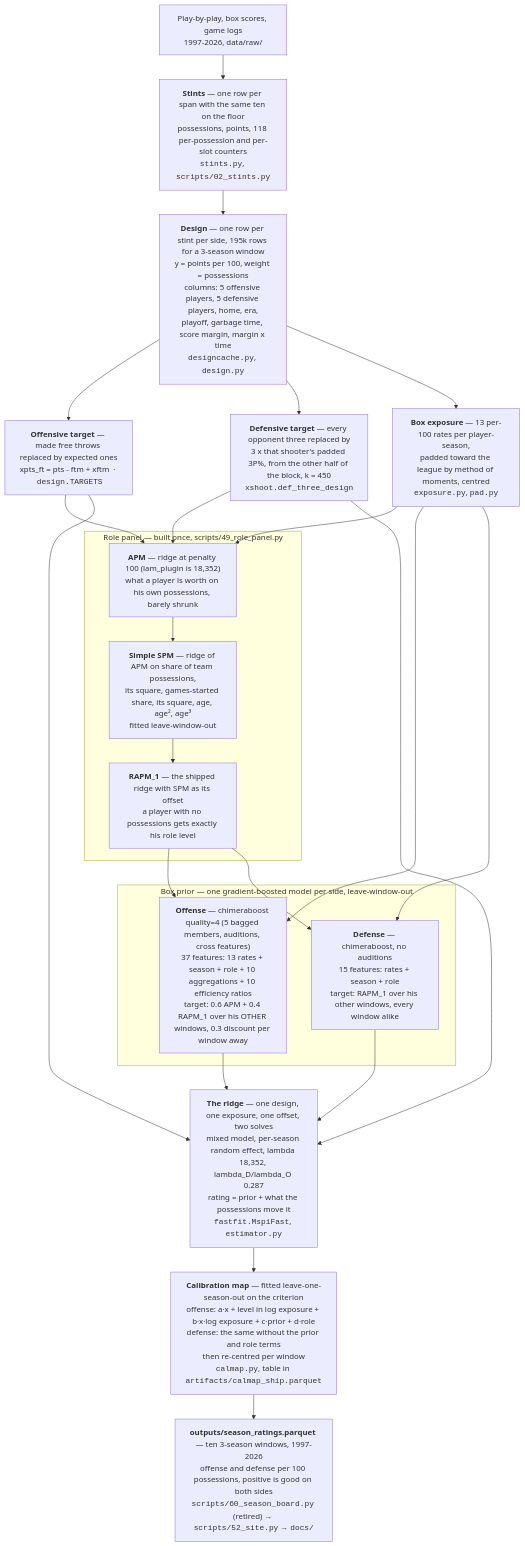
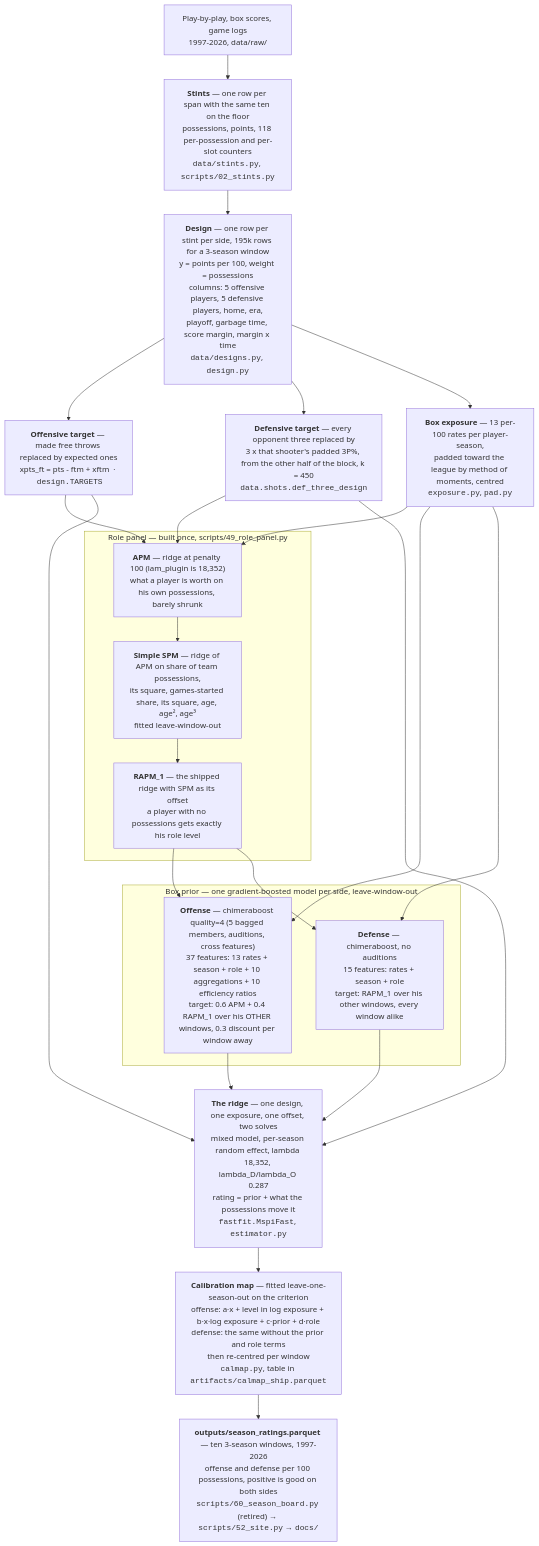
Before and after one commit to bbstats/openrapm: the third of 4 diagrams in PIPELINE.md, drawn with Mermaid. The commit also changed other lines of this file and 64 other files, not shown here.

First line of the commit message:
Move the data layer into openrapm.data; every data path through config

````diff
--- a/PIPELINE.md
+++ b/PIPELINE.md
@@ -128,47 +128,47 @@
 ```mermaid
 flowchart TD
     RAW["Play-by-play, box scores, game logs<br/>1997-2026, data/raw/"]
-    ST["<b>Stints</b> — one row per span with the same ten on the floor<br/>possessions, points, 118 per-possession and per-slot counters<br/><code>stints.py</code>, <code>scripts/02_stints.py</code>"]
-    DES["<b>Design</b> — one row per stint per side, 195k rows for a 3-season window<br/>y = points per 100, weight = possessions<br/>columns: 5 offensive players, 5 defensive players, home, era,<br/>playoff, garbage time, score margin, margin x time<br/><code>designcache.py</code>, <code>design.py</code>"]
+    ST["<b>Stints</b> — one row per span with the same ten on the floor<br/>possessions, points, 118 per-possession and per-slot counters<br/><code>data/stints.py</code>, <code>scripts/02_stints.py</code>"]
+    DES["<b>Design</b> — one row per stint per side, 195k rows for a 3-season window<br/>y = points per 100, weight = possessions<br/>columns: 5 offensive players, 5 defensive players, home, era,<br/>playoff, garbage time, score margin, margin x time<br/><code>data/designs.py</code>, <code>design.py</code>"]
     TGO["<b>Offensive target</b> — made free throws replaced by expected ones<br/>xpts_ft = pts - ftm + xftm  ·  <code>design.TARGETS</code>"]
-    TGD["<b>Defensive target</b> — every opponent three replaced by<br/>3 x that shooter's padded 3P%, from the other half of the block, k = 450<br/><code>xshoot.def_three_design</code>"]
+    TGD["<b>Defensive target</b> — every opponent three replaced by<br/>3 x that shooter's padded 3P%, from the other half of the block, k = 450<br/><code>data.shots.def_three_design</code>"]
     EXP["<b>Box exposure</b> — 13 per-100 rates per player-season,<br/>padded toward the league by method of moments, centred<br/><code>exposure.py</code>, <code>pad.py</code>"]
 
     RAW --> ST --> DES
     DES --> TGO
     DES --> TGD
     DES --> EXP
 
     subgraph PANEL["Role panel — built once, scripts/49_role_panel.py"]
         APM["<b>APM</b> — ridge at penalty 100 (lam_plugin is 18,352)<br/>what a player is worth on his own possessions, barely shrunk"]
         SPM["<b>Simple SPM</b> — ridge of APM on share of team possessions,<br/>its square, games-started share, its square, age, age², age³<br/>fitted leave-window-out"]
         R1["<b>RAPM_1</b> — the shipped ridge with SPM as its offset<br/>a player with no possessions gets exactly his role level"]
         APM --> SPM --> R1
     end
 
     EXP --> APM
     TGO --> APM
     TGD --> APM
 
     subgraph PRIOR["Box prior — one gradient-boosted model per side, leave-window-out"]
         PO["<b>Offense</b> — chimeraboost quality=4 (5 bagged members, auditions, cross features)<br/>37 features: 13 rates + season + role + 10 aggregations + 10 efficiency ratios<br/>target: 0.6 APM + 0.4 RAPM_1 over his OTHER windows, 0.3 discount per window away"]
         PD["<b>Defense</b> — chimeraboost, no auditions<br/>15 features: rates + season + role<br/>target: RAPM_1 over his other windows, every window alike"]
     end
 
     R1 --> PO
     R1 --> PD
     EXP --> PO
     EXP --> PD
 
     RIDGE["<b>The ridge</b> — one design, one exposure, one offset, two solves<br/>mixed model, per-season random effect, lambda 18,352, lambda_D/lambda_O 0.287<br/>rating = prior + what the possessions move it<br/><code>fastfit.MspiFast</code>, <code>estimator.py</code>"]
     PO --> RIDGE
     PD --> RIDGE
     TGO --> RIDGE
     TGD --> RIDGE
 
     MAP["<b>Calibration map</b> — fitted leave-one-season-out on the criterion<br/>offense: a·x + level in log exposure + b·x·log exposure + c·prior + d·role<br/>defense: the same without the prior and role terms<br/>then re-centred per window<br/><code>calmap.py</code>, table in <code>artifacts/calmap_ship.parquet</code>"]
     RIDGE --> MAP
 
     OUT["<b>outputs/season_ratings.parquet</b> — ten 3-season windows, 1997-2026<br/>offense and defense per 100 possessions, positive is good on both sides<br/><code>scripts/60_season_board.py</code> (retired) → <code>scripts/52_site.py</code> → <code>docs/</code>"]
     MAP --> OUT
 ```
````
